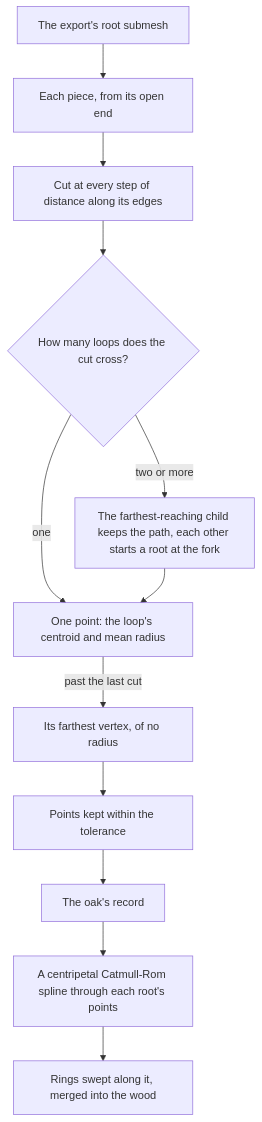
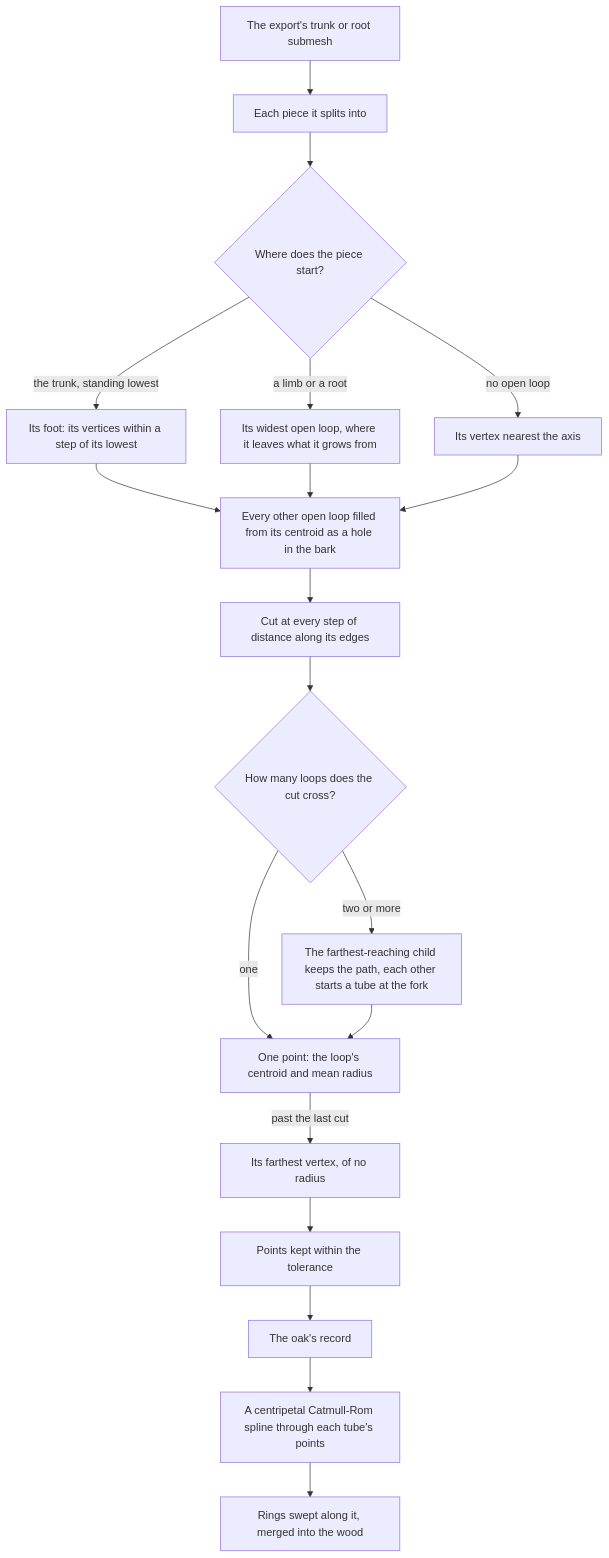
Before and after one commit to Esposter/Esposter: the second of 2 diagrams in apps/web/content/docs/genshin/trees.md, drawn with Mermaid. The commit also changed other lines of this file and 32 other files, not shown here.

````diff
--- a/apps/web/content/docs/genshin/trees.md
+++ b/apps/web/content/docs/genshin/trees.md
@@ -35,14 +35,21 @@
 ```mermaid
 flowchart TD
-  BARK["The export's root submesh"] --> PIECE["Each piece, from its open end"]
-  PIECE --> CUT["Cut at every step of distance along its edges"]
+  BARK["The export's trunk or root submesh"] --> PIECE["Each piece it splits into"]
+  PIECE --> START{"Where does the piece start?"}
+  START -->|"the trunk, standing lowest"| FOOT["Its foot: its vertices within a step of its lowest"]
+  START -->|"a limb or a root"| END["Its widest open loop, where it leaves what it grows from"]
+  START -->|"no open loop"| NEAR["Its vertex nearest the axis"]
+  FOOT --> HOLES["Every other open loop filled from its centroid as a hole in the bark"]
+  END --> HOLES
+  NEAR --> HOLES
+  HOLES --> CUT["Cut at every step of distance along its edges"]
   CUT --> LOOPS{"How many loops does the cut cross?"}
   LOOPS -->|one| POINT["One point: the loop's centroid and mean radius"]
-  LOOPS -->|"two or more"| FORK["The farthest-reaching child keeps the path, each other starts a root at the fork"]
+  LOOPS -->|"two or more"| FORK["The farthest-reaching child keeps the path, each other starts a tube at the fork"]
   FORK --> POINT
   POINT -->|"past the last cut"| TIP["Its farthest vertex, of no radius"]
   TIP --> SIMPLIFY["Points kept within the tolerance"]
   SIMPLIFY --> RECORD["The oak's record"]
-  RECORD --> SPLINE["A centripetal Catmull-Rom spline through each root's points"]
+  RECORD --> SPLINE["A centripetal Catmull-Rom spline through each tube's points"]
   SPLINE --> TUBE["Rings swept along it, merged into the wood"]
 ```
````
